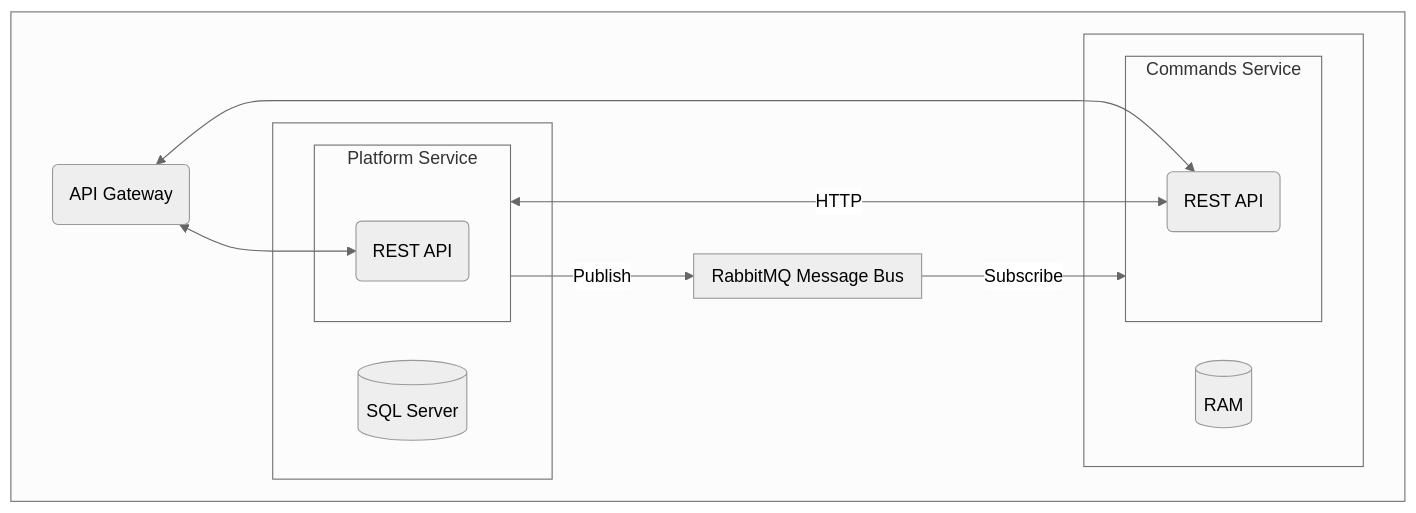
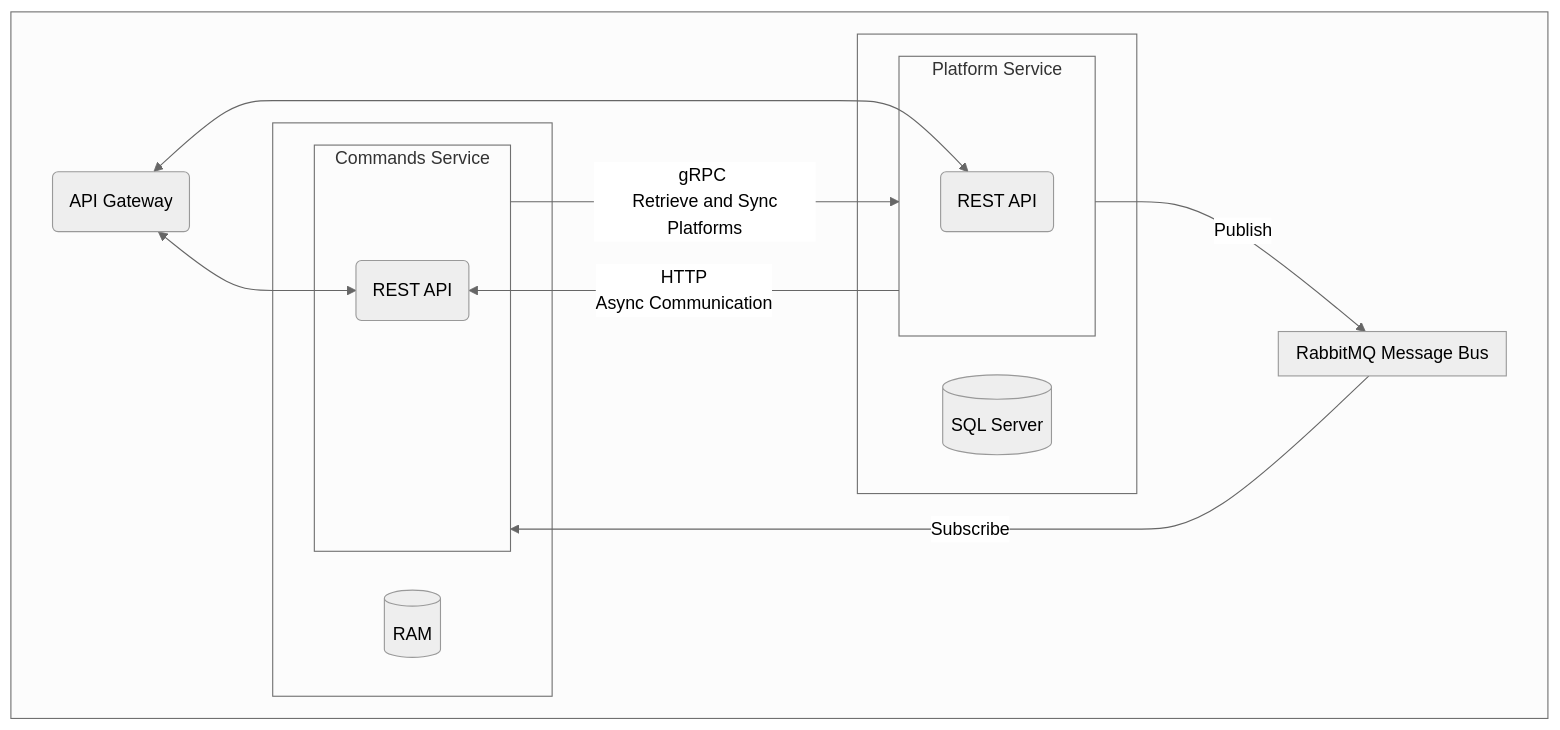
The first of 4 diagrams in README.md (nooneknowspeter/k8s-microservices), drawn with Mermaid before and after one commit. The commit also changed other lines of this file, not shown here.

Commit message:
docs: added RabbitMQ to systems design diagrams in README.md

````diff
--- a/README.md
+++ b/README.md
@@ -62,39 +62,40 @@
 ```mermaid
 ---
 # title: Digram Illustrating Microservices Architecture and Communication
 config:
     theme: neutral
 ---
 
 graph LR;
     subgraph microServices[  ]
         direction LR;
         gateway( API Gateway )
 
         %% connections
         gateway <--> platformRestAPI
         gateway <--> commandsRestAPI
-        platformService <--HTTP--> commandsRestAPI
+        platformService --HTTP \n Async Communication--> commandsRestAPI
+        commandsService --gRPC \n Retrieve and Sync Platforms--> platformService
         platformService --Publish--> messageBus
         messageBus --Subscribe--> commandsService
 
         subgraph platform[  ]
             subgraph platformService[ Platform Service ]
                 platformRestAPI( REST API )
             end
 
             platformDb[( SQL Server )]
         end
 
         subgraph messageBus[ RabbitMQ Message Bus ]
         end
 
         subgraph commands[  ]
             subgraph commandsService[ Commands Service ]
                 commandsRestAPI( REST API )
             end
 
             commandsDb[( RAM )]
         end
     end
 ```
````
